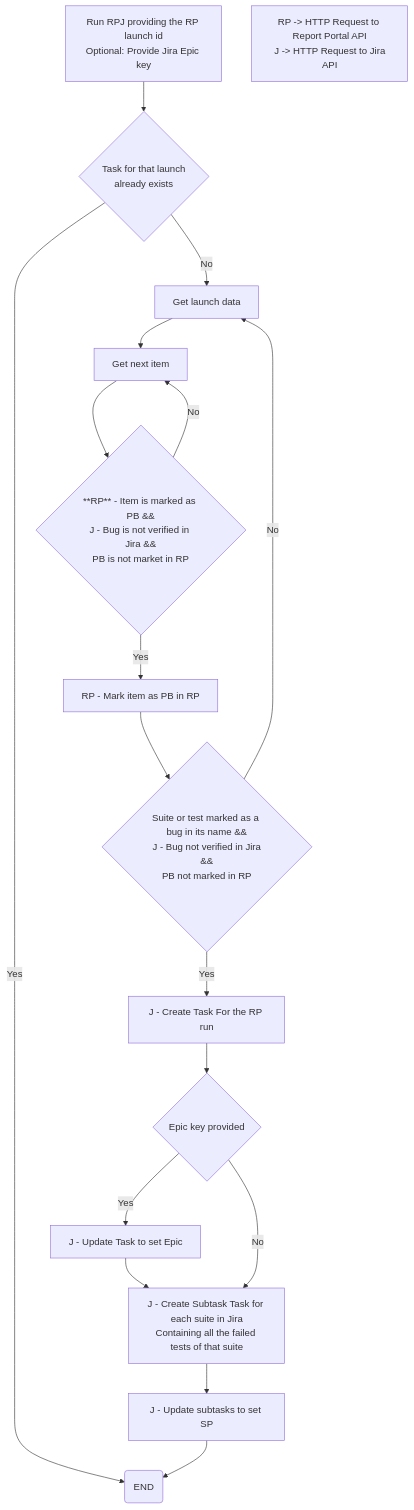
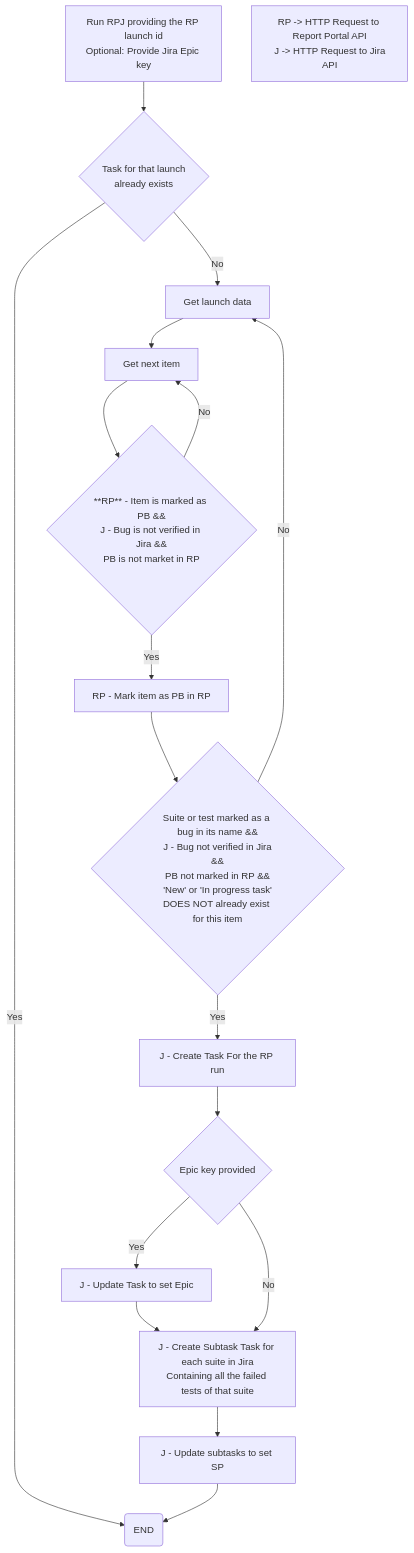
The diagram in README.md (abrugaro/rp-jira-sync), drawn with Mermaid before and after one commit. The commit also changed other lines of this file and 9 other files, not shown here.

````diff
--- a/README.md
+++ b/README.md
@@ -41,24 +41,24 @@
 ```mermaid
 flowchart TD
-    A[Run RPJ providing the RP launch id\nOptional: Provide Jira Epic key] --> B
-    B{Task for that launch\n already exists}
-    B --> |Yes| Z
-    B --> |No| C
-    C[Get launch data] --> D
-    D[Get next item] --> E
-    E{**RP** - Item is marked as PB &&\nJ - Bug is not verified in Jira &&\nPB is not market in RP}
-    E --> |No| D
-    E --> |Yes| F
-    F[RP - Mark item as PB in RP] --> G
-    G{Suite or test marked as a bug in its name &&\n J - Bug not verified in Jira &&\nPB not marked in RP}
-    G --> |No| C
-    G --> |Yes| H
-    H[J - Create Task For the RP run] --> I
-    I{Epic key provided} 
-    I --> |Yes| J[J - Update Task to set Epic] --> K
-    I --> |No| K
-    K[J - Create Subtask Task for each suite in Jira\nContaining all the failed tests of that suite] --> L
-    L[J - Update subtasks to set SP] --> Z
-    Z(END)
-    X[RP -> HTTP Request to Report Portal API\n J -> HTTP Request to Jira API]
+   A[Run RPJ providing the RP launch id\nOptional: Provide Jira Epic key] --> B
+   B{Task for that launch\n already exists}
+   B --> |Yes| Z
+   B --> |No| C
+   C[Get launch data] --> D
+   D[Get next item] --> E
+   E{**RP** - Item is marked as PB &&\nJ - Bug is not verified in Jira &&\nPB is not market in RP}
+   E --> |No| D
+   E --> |Yes| F
+   F[RP - Mark item as PB in RP] --> G
+   G{Suite or test marked as a bug in its name &&\n J - Bug not verified in Jira &&\nPB not marked in RP &&\n 'New' or 'In progress task' DOES NOT already exist for this item }
+   G --> |No| C
+   G --> |Yes| H
+   H[J - Create Task For the RP run] --> I
+   I{Epic key provided}
+   I --> |Yes| J[J - Update Task to set Epic] --> K
+   I --> |No| K
+   K[J - Create Subtask Task for each suite in Jira\nContaining all the failed tests of that suite] --> L
+   L[J - Update subtasks to set SP] --> Z
+   Z(END)
+   X[RP -> HTTP Request to Report Portal API\n J -> HTTP Request to Jira API]
 ```
````
